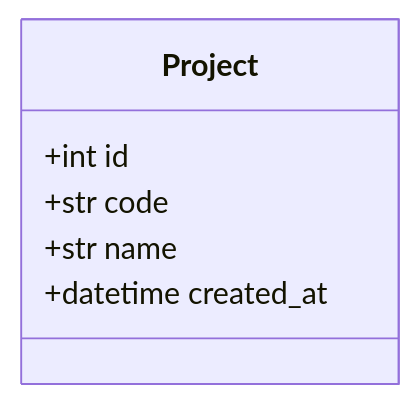
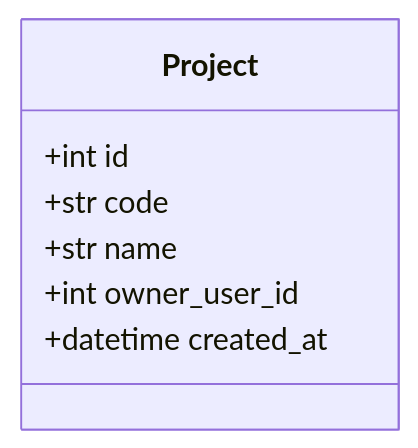
One commit to HoyoungParkme/syncdoc changed the first of 16 diagrams in docs/specs/06-DOM/SYNC-DOM-002.md. Above: the diagram before and after it, drawn with Mermaid. The commit also changed other lines of this file and 38 other files, not shown here.

````diff
--- a/docs/specs/06-DOM/SYNC-DOM-002.md
+++ b/docs/specs/06-DOM/SYNC-DOM-002.md
@@ -157,9 +157,10 @@
 ```mermaid
 classDiagram
     class Project {
         +int id
         +str code
         +str name
+        +int owner_user_id
         +datetime created_at
     }
 ```
````
